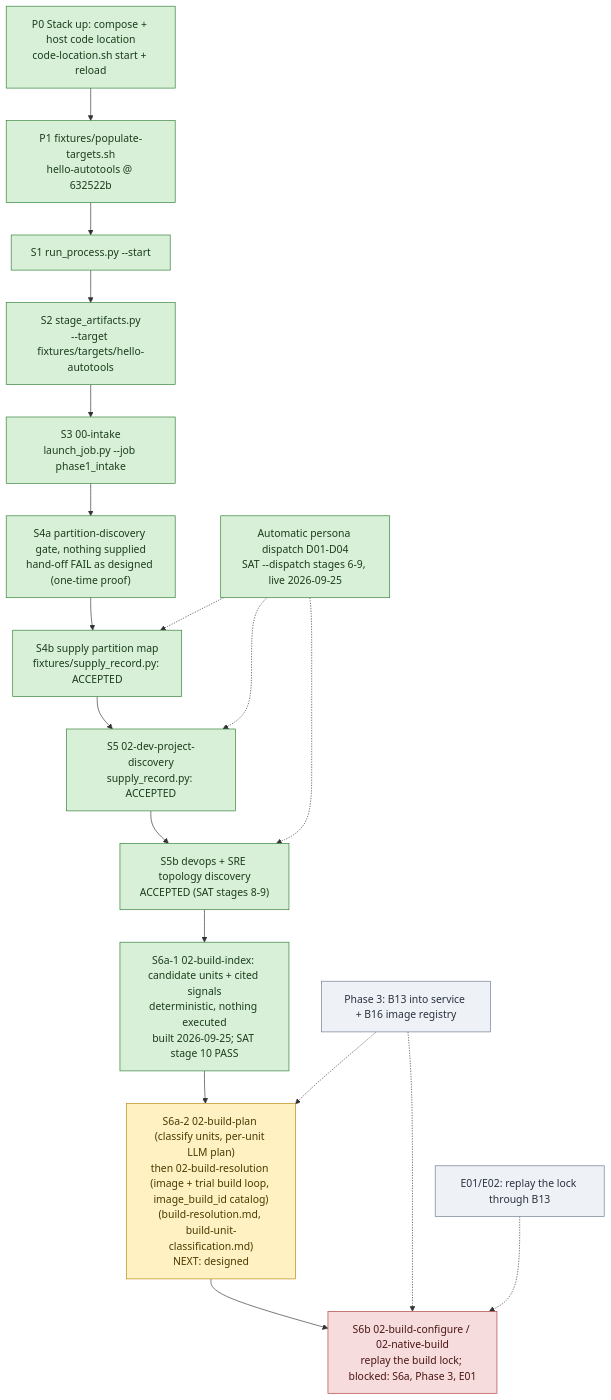
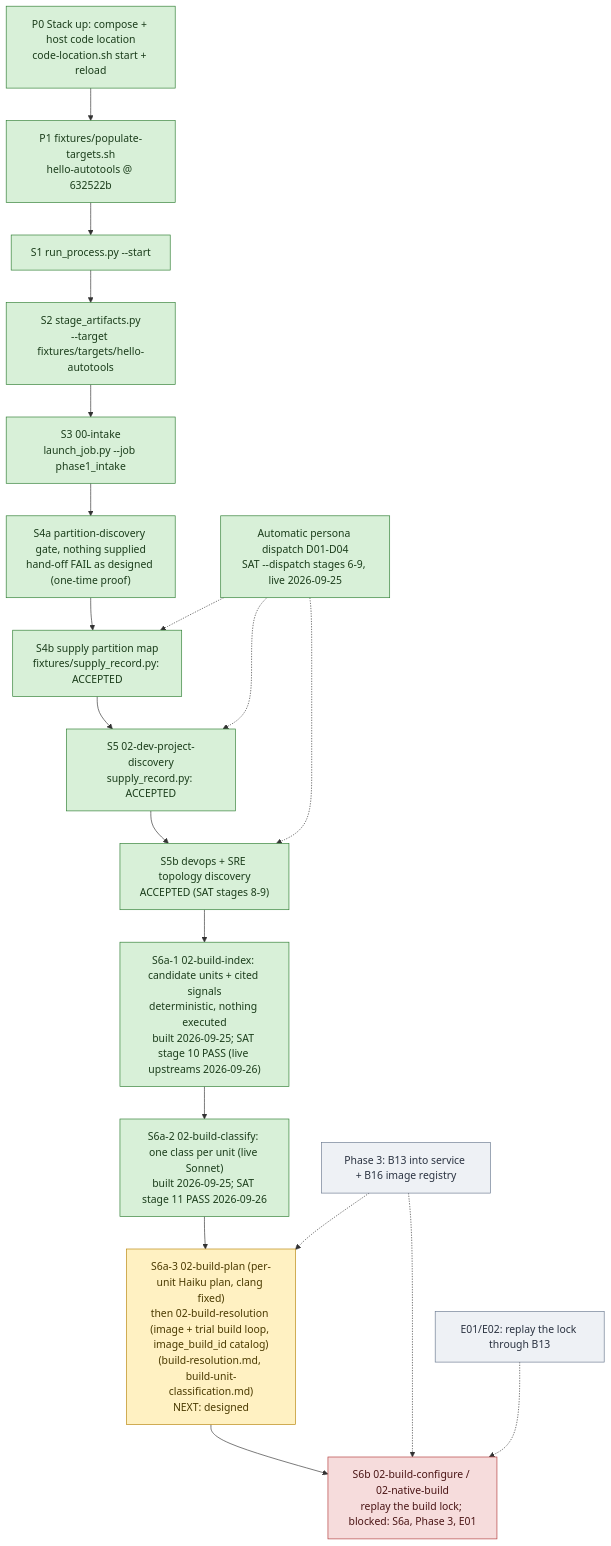
The diagram in docs/processes/flow-bringup.md (wsollers/appsec-review), drawn with Mermaid before and after one commit. The commit also changed other lines of this file and 4 other files, not shown here.

First line of the commit message:
Record SAT PASS through build-classify (stages 1-11, all model steps live)

````diff
--- a/docs/processes/flow-bringup.md
+++ b/docs/processes/flow-bringup.md
@@ -20,31 +20,32 @@
 ```mermaid
 flowchart TD
   P0["P0 Stack up: compose + host code location<br/>code-location.sh start + reload"]:::done
   P1["P1 fixtures/populate-targets.sh<br/>hello-autotools @ 632522b"]:::done
   S1["S1 run_process.py --start"]:::done
   S2["S2 stage_artifacts.py<br/>--target fixtures/targets/hello-autotools"]:::done
   S3["S3 00-intake<br/>launch_job.py --job phase1_intake"]:::done
   S4a["S4a partition-discovery gate, nothing supplied<br/>hand-off FAIL as designed (one-time proof)"]:::done
   S4b["S4b supply partition map<br/>fixtures/supply_record.py: ACCEPTED"]:::done
   S5["S5 02-dev-project-discovery<br/>supply_record.py: ACCEPTED"]:::done
   S5b["S5b devops + SRE topology discovery<br/>ACCEPTED (SAT stages 8-9)"]:::done
   AD["Automatic persona dispatch D01-D04<br/>SAT --dispatch stages 6-9, live 2026-09-25"]:::done
-  S6i["S6a-1 02-build-index: candidate units + cited signals<br/>deterministic, nothing executed<br/>built 2026-09-25; SAT stage 10 PASS"]:::done
-  S6a["S6a-2 02-build-plan (classify units, per-unit LLM plan)<br/>then 02-build-resolution (image + trial build loop, image_build_id catalog)<br/>(build-resolution.md, build-unit-classification.md)<br/>NEXT: designed"]:::next
+  S6i["S6a-1 02-build-index: candidate units + cited signals<br/>deterministic, nothing executed<br/>built 2026-09-25; SAT stage 10 PASS (live upstreams 2026-09-26)"]:::done
+  S6c["S6a-2 02-build-classify: one class per unit (live Sonnet)<br/>built 2026-09-25; SAT stage 11 PASS 2026-09-26"]:::done
+  S6a["S6a-3 02-build-plan (per-unit Haiku plan, clang fixed)<br/>then 02-build-resolution (image + trial build loop, image_build_id catalog)<br/>(build-resolution.md, build-unit-classification.md)<br/>NEXT: designed"]:::next
   S6["S6b 02-build-configure / 02-native-build<br/>replay the build lock; blocked: S6a, Phase 3, E01"]:::blocked
   B13["Phase 3: B13 into service + B16 image registry"]:::todo
   E01["E01/E02: replay the lock through B13"]:::todo
 
-  P0 --> P1 --> S1 --> S2 --> S3 --> S4a --> S4b --> S5 --> S5b --> S6i --> S6a --> S6
+  P0 --> P1 --> S1 --> S2 --> S3 --> S4a --> S4b --> S5 --> S5b --> S6i --> S6c --> S6a --> S6
   AD -.-> S4b
   AD -.-> S5
   AD -.-> S5b
   B13 -.-> S6a
   B13 -.-> S6
   E01 -.-> S6
 
   classDef done fill:#d8f0d8,stroke:#2e7d32,color:#1b3d1b
   classDef next fill:#fff1c2,stroke:#b8860b,color:#4a3a00
   classDef todo fill:#eef1f5,stroke:#6b7a90,color:#2a3240
   classDef blocked fill:#f6dcdc,stroke:#b23b3b,color:#4a1515
 ```
````
